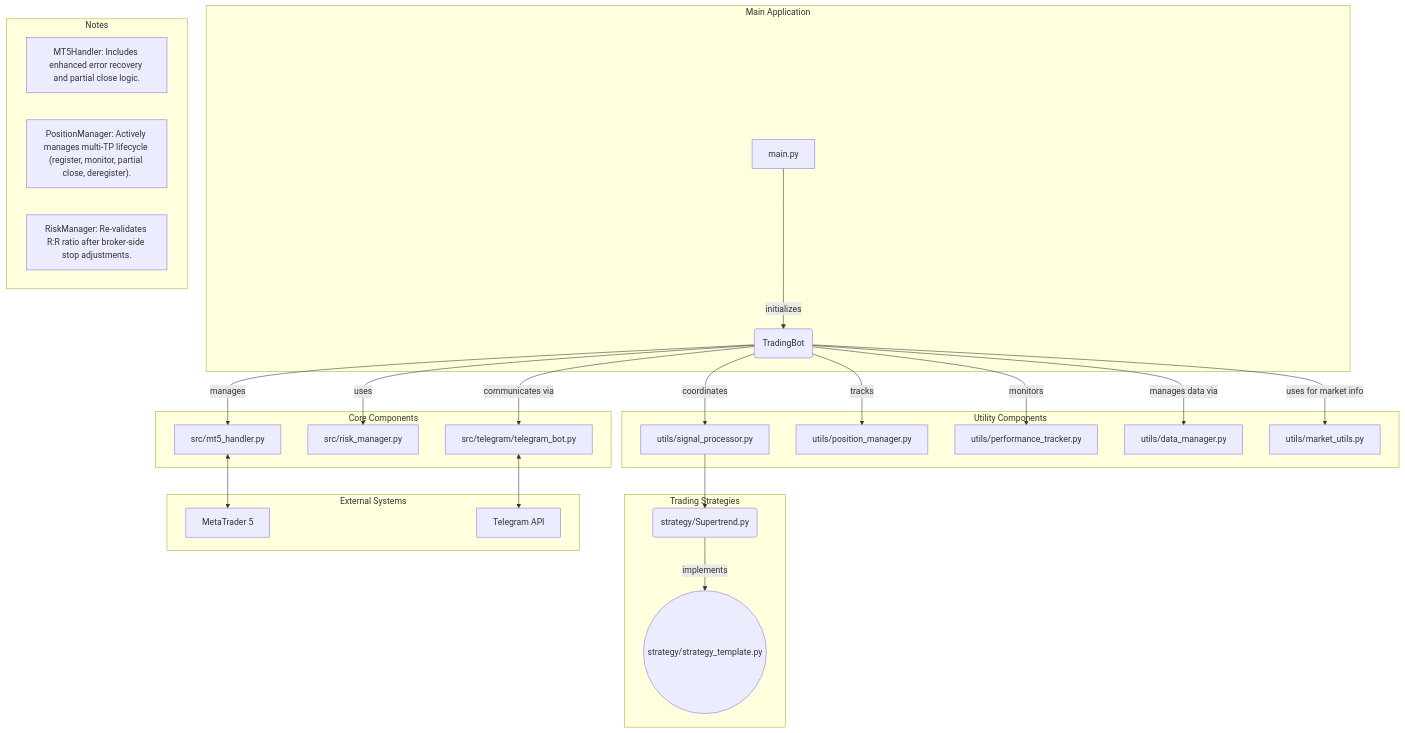
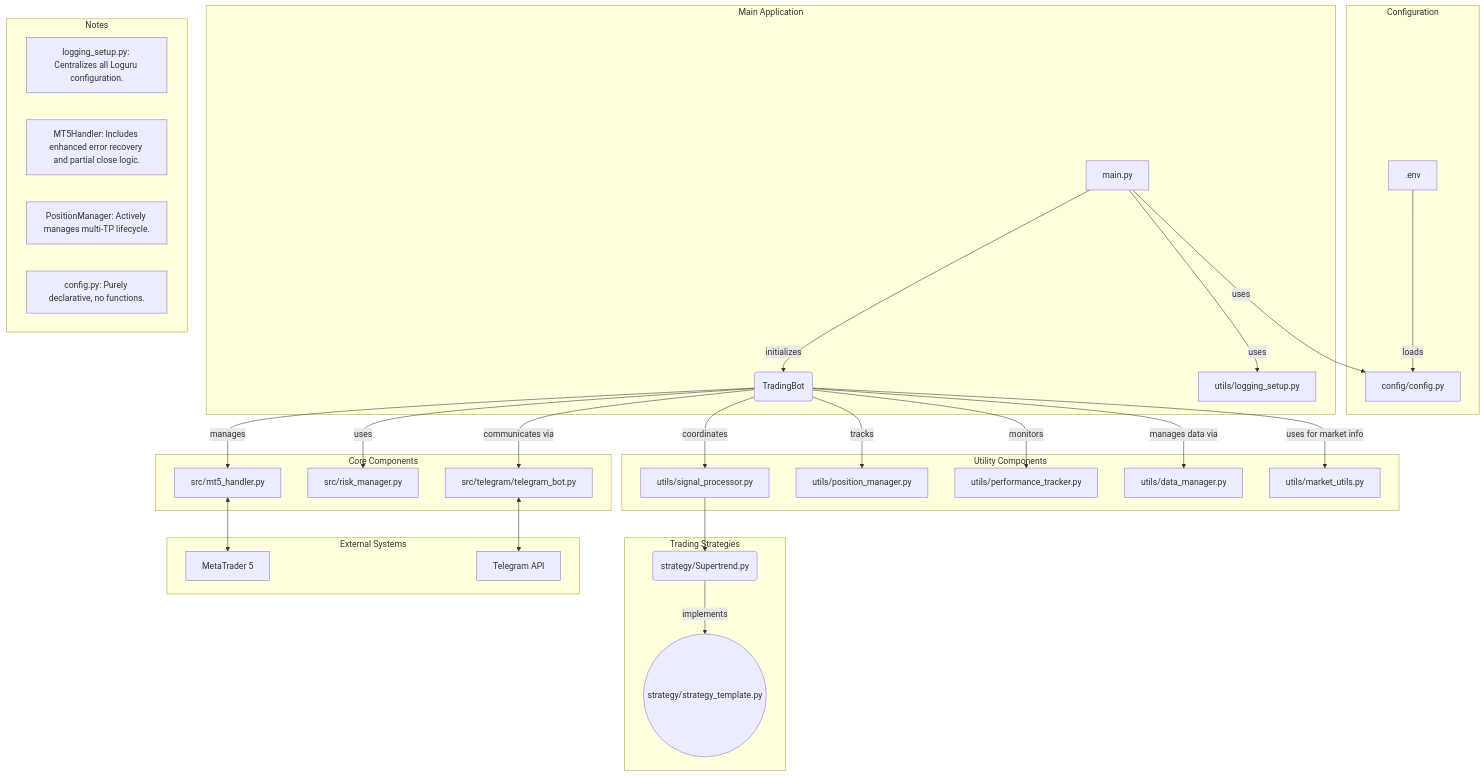
Before and after one commit to Ethansi2947E/Quant-Bot: the diagram in README.md, drawn with Mermaid. The commit also changed other lines of this file, not shown here.

First line of the commit message:
Enhance README.md with detailed component descriptions and configuration flow

````diff
--- a/README.md
+++ b/README.md
@@ -39,36 +39,44 @@
 ```mermaid
 flowchart TB
+    subgraph Config ["Configuration"]
+        Cfg[config/config.py]
+        Env[.env] --> |loads| Cfg
+    end
+
     subgraph Main["Main Application"]
-        A[main.py] --> |initializes| B(TradingBot)
+        A[main.py] -- "uses" --> Cfg
+        A --> |initializes| B(TradingBot)
+        A -- "uses" --> LS[utils/logging_setup.py]
     end
 
     subgraph Core["Core Components"]
         B --> |manages| C[src/mt5_handler.py]
         B --> |uses| D[src/risk_manager.py]
         B --> |communicates via| H[src/telegram/telegram_bot.py]
     end
 
     subgraph Utils["Utility Components"]
         B --> |coordinates| E[utils/signal_processor.py]
         B --> |tracks| F[utils/position_manager.py]
         B --> |monitors| G[utils/performance_tracker.py]
         B --> |manages data via| I[utils/data_manager.py]
         B --> |uses for market info| J[utils/market_utils.py]
     end
 
     subgraph Strategies["Trading Strategies"]
         E --> K(strategy/Supertrend.py)
         K -- implements --> L((strategy/strategy_template.py))
     end
 
     subgraph External["External Systems"]
         C <--> O[MetaTrader 5]
         H <--> P[Telegram API]
     end
 
     subgraph Notes["Notes"]
+        Note0["logging_setup.py: Centralizes all Loguru configuration."]
         Note1["MT5Handler: Includes enhanced error recovery and partial close logic."]
-        Note2["PositionManager: Actively manages multi-TP lifecycle (register, monitor, partial close, deregister)."]
-        Note3["RiskManager: Re-validates R:R ratio after broker-side stop adjustments."]
+        Note2["PositionManager: Actively manages multi-TP lifecycle."]
+        Note3["config.py: Purely declarative, no functions."]
     end
 ```
````
